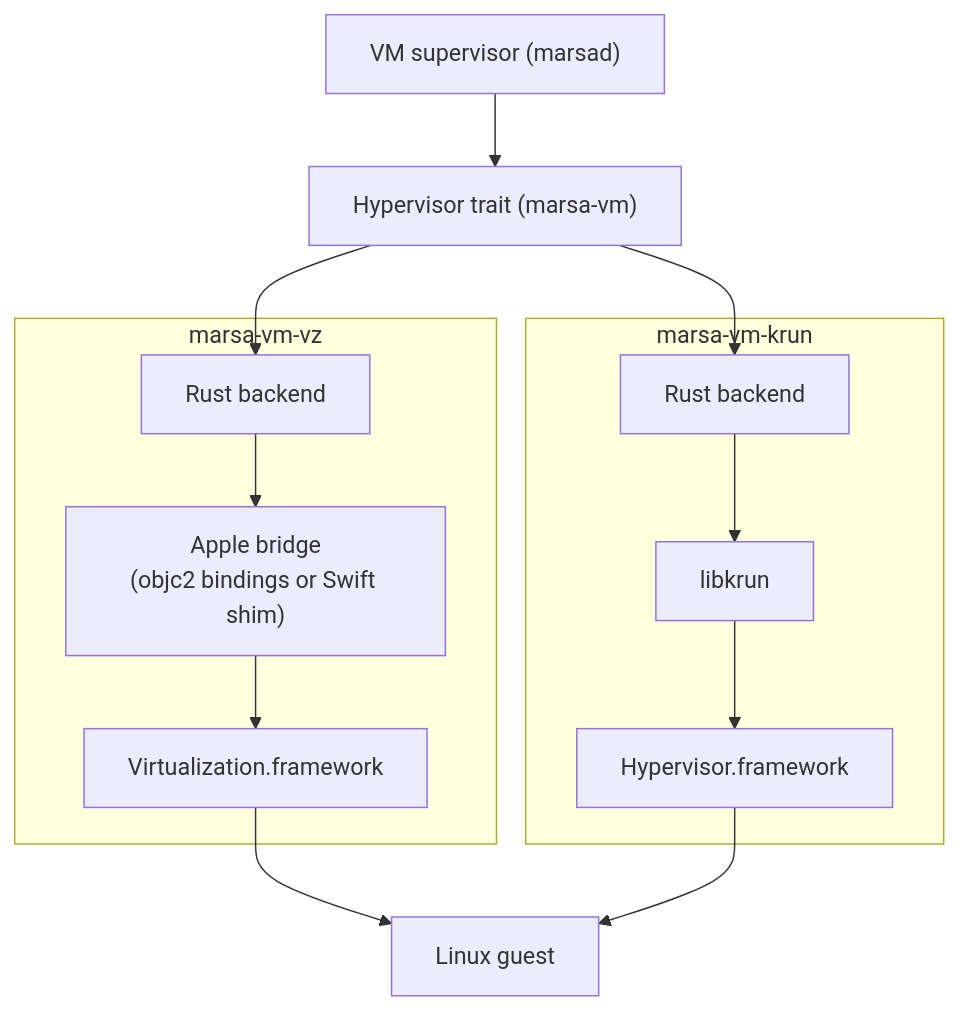
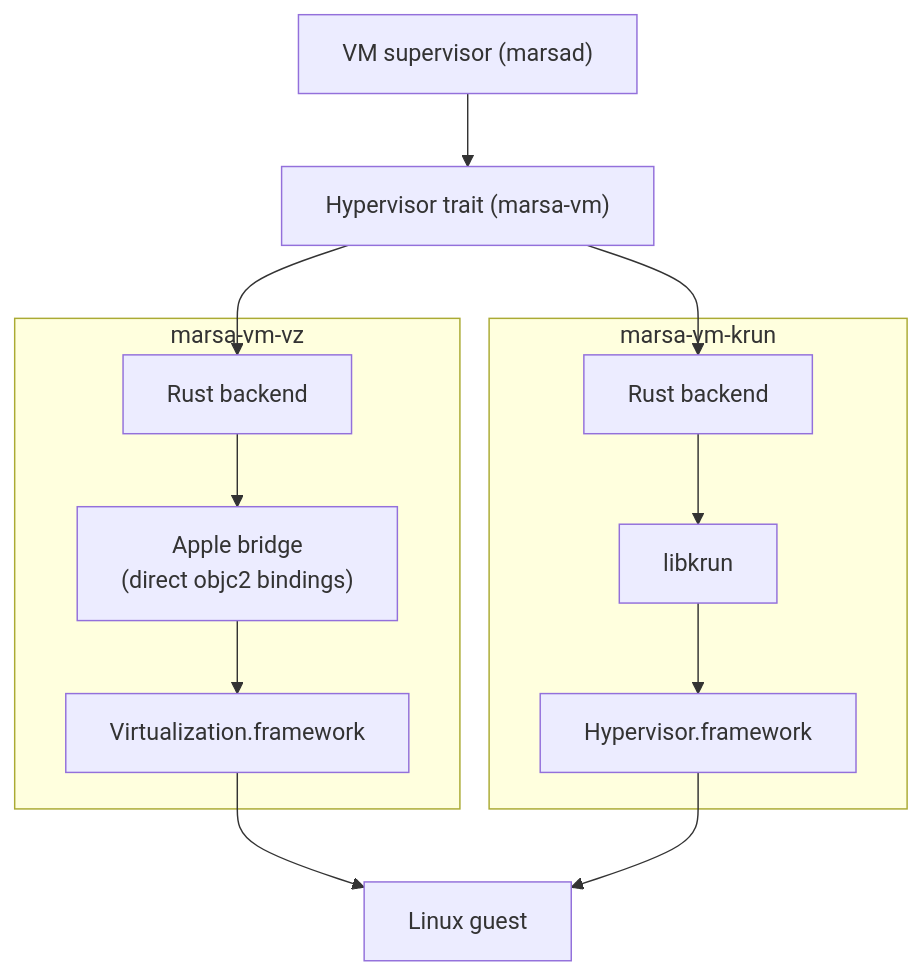
The first of 2 diagrams in docs/04-virtualization-macos.md (nasraldin/marsa), drawn with Mermaid before and after one commit. The commit also changed other lines of this file and 12 other files, not shown here.

Commit message:
M1-05: adopt Tauri and direct Rust virtualization bindings

````diff
--- a/docs/04-virtualization-macos.md
+++ b/docs/04-virtualization-macos.md
@@ -19,23 +19,23 @@
 ```mermaid
 flowchart TB
     sup["VM supervisor (marsad)"]
     tr["Hypervisor trait (marsa-vm)"]
 
     subgraph vzb["marsa-vm-vz"]
         vzrs["Rust backend"]
-        bridge["Apple bridge<br/>(objc2 bindings or Swift shim)"]
+        bridge["Apple bridge<br/>(direct objc2 bindings)"]
         vzf["Virtualization.framework"]
     end
 
     subgraph krb["marsa-vm-krun"]
         krrs["Rust backend"]
         libkrun["libkrun"]
         hvf["Hypervisor.framework"]
     end
 
     guest["Linux guest"]
 
     sup --> tr
     tr --> vzrs --> bridge --> vzf --> guest
     tr --> krrs --> libkrun --> hvf --> guest
 ```
````
